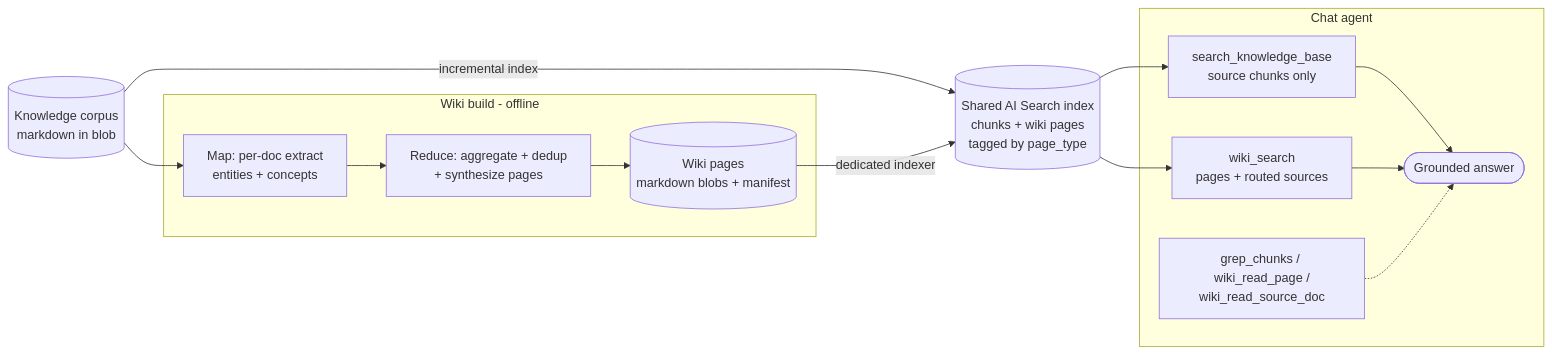
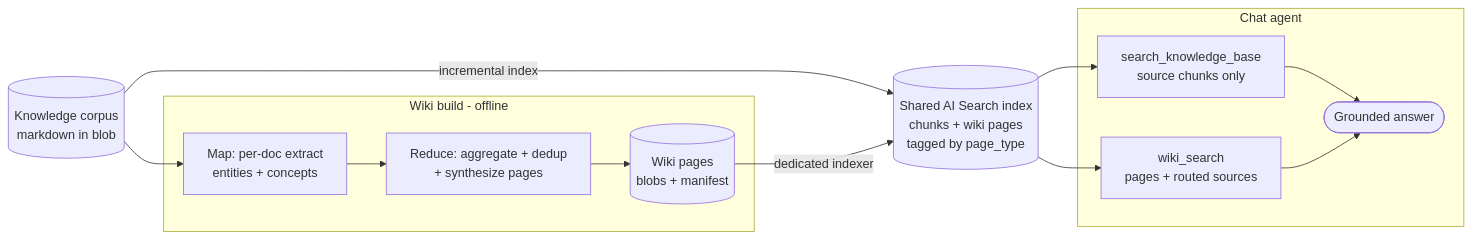
The diagram in tools/sdk-ai-bots/docs/wiki_retrieval_design.md (Azure/azure-sdk-tools), drawn with Mermaid before and after one commit. The commit also changed other lines of this file and 1 other file, not shown here.

````diff
--- a/tools/sdk-ai-bots/docs/wiki_retrieval_design.md
+++ b/tools/sdk-ai-bots/docs/wiki_retrieval_design.md
@@ -28,28 +13,20 @@
 ```mermaid
 flowchart LR
     corpus[(Knowledge corpus<br/>markdown in blob)]
     idx[(Shared AI Search index<br/>chunks + wiki pages<br/>tagged by page_type)]
-
     subgraph BUILD[Wiki build - offline]
         map[Map: per-doc extract<br/>entities + concepts]
         red[Reduce: aggregate + dedup<br/>+ synthesize pages]
-        blob[(Wiki pages<br/>markdown blobs + manifest)]
+        blob[(Wiki pages<br/>blobs + manifest)]
     end
-
     corpus -->|incremental index| idx
     corpus --> map --> red --> blob
     blob -->|dedicated indexer| idx
-
     subgraph AGENT[Chat agent]
         kbtool[search_knowledge_base<br/>source chunks only]
         wikitool[wiki_search<br/>pages + routed sources]
-        drill[grep_chunks / wiki_read_page /<br/>wiki_read_source_doc]
         ans([Grounded answer])
     end
-
-    idx --> kbtool
-    idx --> wikitool
-    kbtool --> ans
-    wikitool --> ans
-    drill -.-> ans
+    idx --> kbtool --> ans
+    idx --> wikitool --> ans
 ```
````
